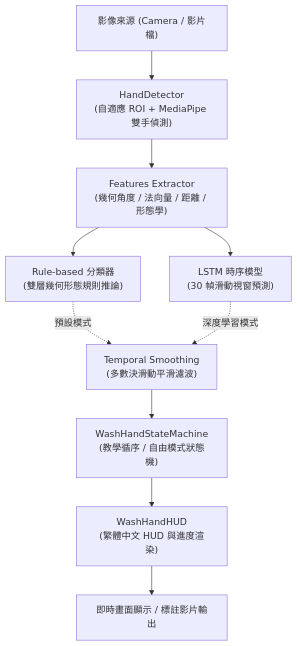
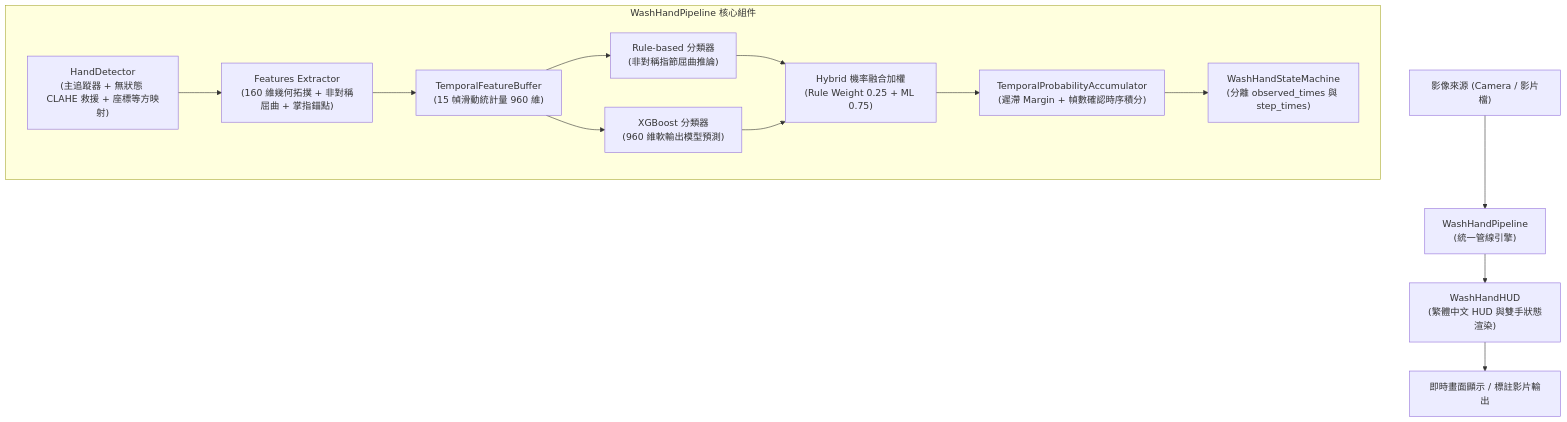
One commit to Wesley0628c/wash_hand_detect changed the first of 2 diagrams in ARCHITECTURE.md. Above: the diagram before and after it, drawn with Mermaid. The commit also changed other lines of this file and 23 other files, not shown here.

First line of the commit message:
feat(v3.2): improve 7-step wash hand detection robustness and streamline HUD UI

````diff
--- a/ARCHITECTURE.md
+++ b/ARCHITECTURE.md
@@ -56,15 +66,20 @@
 ```mermaid
 graph TD
-    A["影像來源 (Camera / 影片檔)"] --> B["HandDetector<br/>(自適應 ROI + MediaPipe 雙手偵測)"]
-    B --> C["Features Extractor<br/>(幾何角度 / 法向量 / 距離 / 形態學)"]
+    A["影像來源 (Camera / 影片檔)"] --> Pipe["WashHandPipeline<br/>(統一管線引擎)"]
     
-    C --> D1["Rule-based 分類器<br/>(雙層幾何形態規則推論)"]
-    C --> D2["LSTM 時序模型<br/>(30 幀滑動視窗預測)"]
+    subgraph Pipeline["WashHandPipeline 核心組件"]
+        B["HandDetector<br/>(主追蹤器 + 無狀態 CLAHE 救援 + 座標等方映射)"] --> C["Features Extractor<br/>(160 維幾何拓撲 + 非對稱屈曲 + 掌指錨點)"]
+        C --> Temp["TemporalFeatureBuffer<br/>(15 幀滑動統計量 960 維)"]
+        
+        Temp --> D1["Rule-based 分類器<br/>(非對稱指節屈曲推論)"]
+        Temp --> D2["XGBoost 分類器<br/>(960 維軟輸出模型預測)"]
+        
+        D1 & D2 --> Mix["Hybrid 機率融合加權<br/>(Rule Weight 0.25 + ML 0.75)"]
+        
+        Mix --> E["TemporalProbabilityAccumulator<br/>(遲滯 Margin + 幀數確認時序積分)"]
+        E --> F["WashHandStateMachine<br/>(分離 observed_times 與 step_times)"]
+    end
     
-    D1 -. 預設模式 .-> E["Temporal Smoothing<br/>(多數決滑動平滑濾波)"]
-    D2 -. 深度學習模式 .-> E
-    
-    E --> F["WashHandStateMachine<br/>(教學循序 / 自由模式狀態機)"]
-    F --> G["WashHandHUD<br/>(繁體中文 HUD 與進度渲染)"]
+    Pipe --> G["WashHandHUD<br/>(繁體中文 HUD 與雙手狀態渲染)"]
     G --> H["即時畫面顯示 / 標註影片輸出"]
 ```
````
